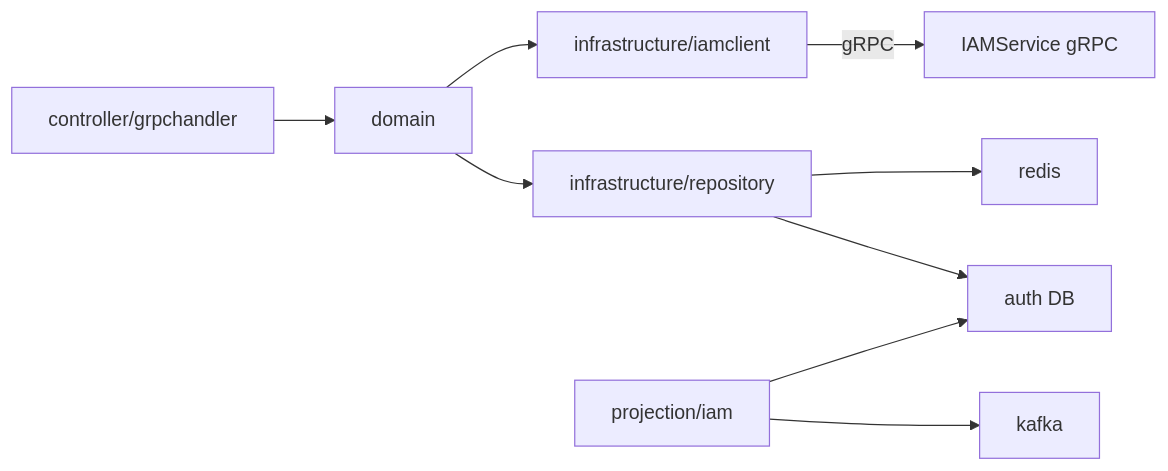
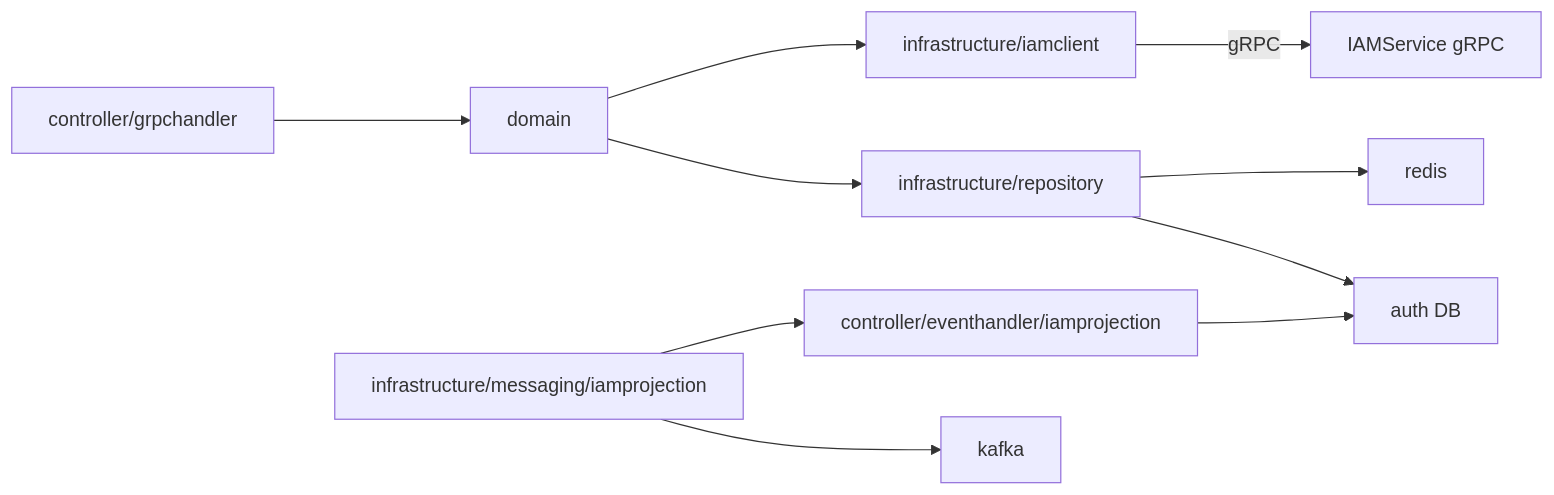
The first of 8 diagrams in docs/architecture/modules.md (tuannm99/podzone), drawn with Mermaid before and after one commit. The commit also changed other lines of this file and 55 other files, not shown here.

Commit message:
refactor(vibe): harden kafka runtime and clean auth projection architecture

````diff
--- a/docs/architecture/modules.md
+++ b/docs/architecture/modules.md
@@ -5,21 +5,23 @@
 ```mermaid
 flowchart LR
     AuthServer["controller/grpchandler"]
     AuthDomain["domain"]
     IAMClient["infrastructure/iamclient"]
     IAMService["IAMService gRPC"]
     AuthRepo["infrastructure/repository"]
-    Projection["projection/iam"]
+    ProjectionHandler["controller/eventhandler/iamprojection"]
+    ProjectionRuntime["infrastructure/messaging/iamprojection"]
     AuthDB["auth DB"]
     Redis["redis"]
     Kafka["kafka"]
 
     AuthServer --> AuthDomain
     AuthDomain --> AuthRepo
     AuthDomain --> IAMClient
     IAMClient -->|"gRPC"| IAMService
     AuthRepo --> AuthDB
     AuthRepo --> Redis
-    Projection --> Kafka
-    Projection --> AuthDB
+    ProjectionRuntime --> Kafka
+    ProjectionRuntime --> ProjectionHandler
+    ProjectionHandler --> AuthDB
 ```
````
